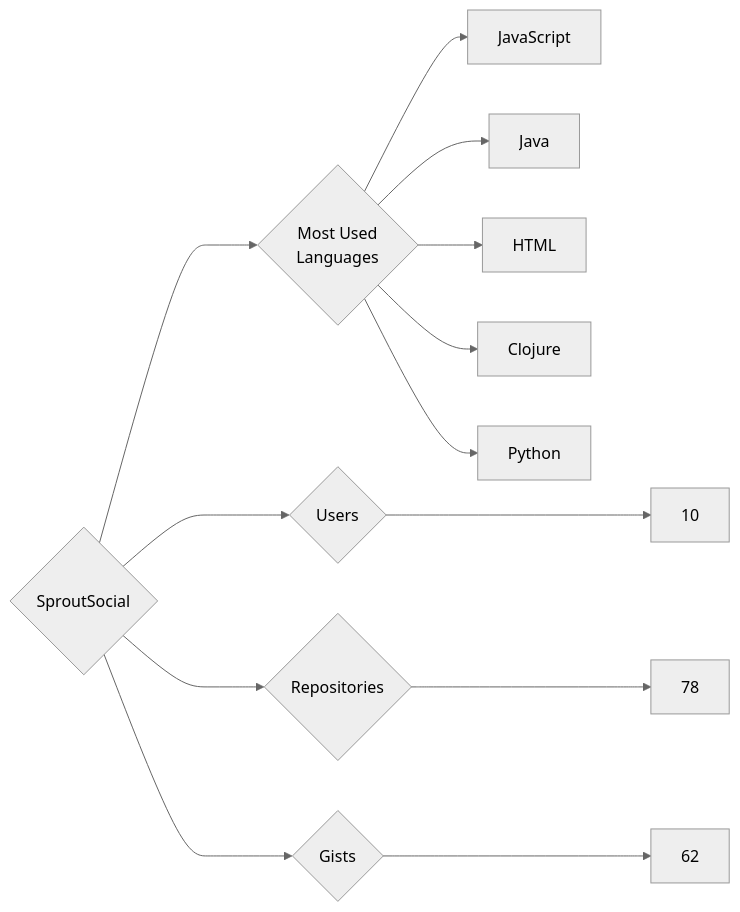
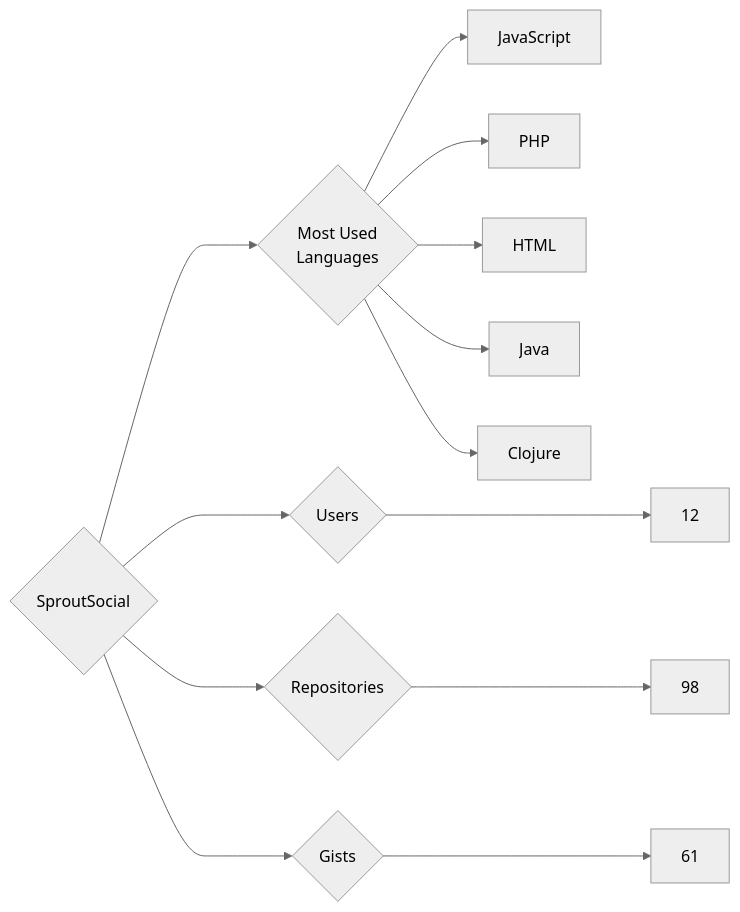
The diagram in targets/SproutSocial/README.md (trickest/insiders), drawn with Mermaid (neutral theme) before and after one commit. The commit also changed 1484 other files, not shown here.

````diff
--- a/targets/SproutSocial/README.md
+++ b/targets/SproutSocial/README.md
@@ -3,13 +3,13 @@
 ```mermaid
 graph LR
 COMPANY_NAME{SproutSocial}
-COMPANY_NAME ---> U{Users} ---> UN[10]
-COMPANY_NAME ---> R{Repositories} ---> RN[78]
-COMPANY_NAME ---> G{Gists} ---> GN[62]
+COMPANY_NAME ---> U{Users} ---> UN[12]
+COMPANY_NAME ---> R{Repositories} ---> RN[98]
+COMPANY_NAME ---> G{Gists} ---> GN[61]
 COMPANY_NAME ---> ML{Most Used<br>Languages}
 ML --> JavaScript[JavaScript]
+ML --> PHP[PHP]
+ML --> HTML[HTML]
 ML --> Java[Java]
-ML --> HTML[HTML]
 ML --> Clojure[Clojure]
-ML --> Python[Python]
 ```
````
